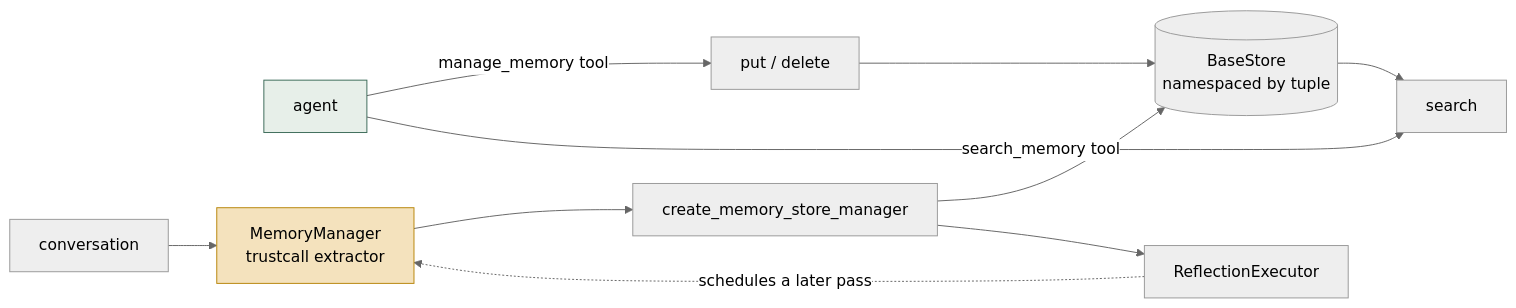
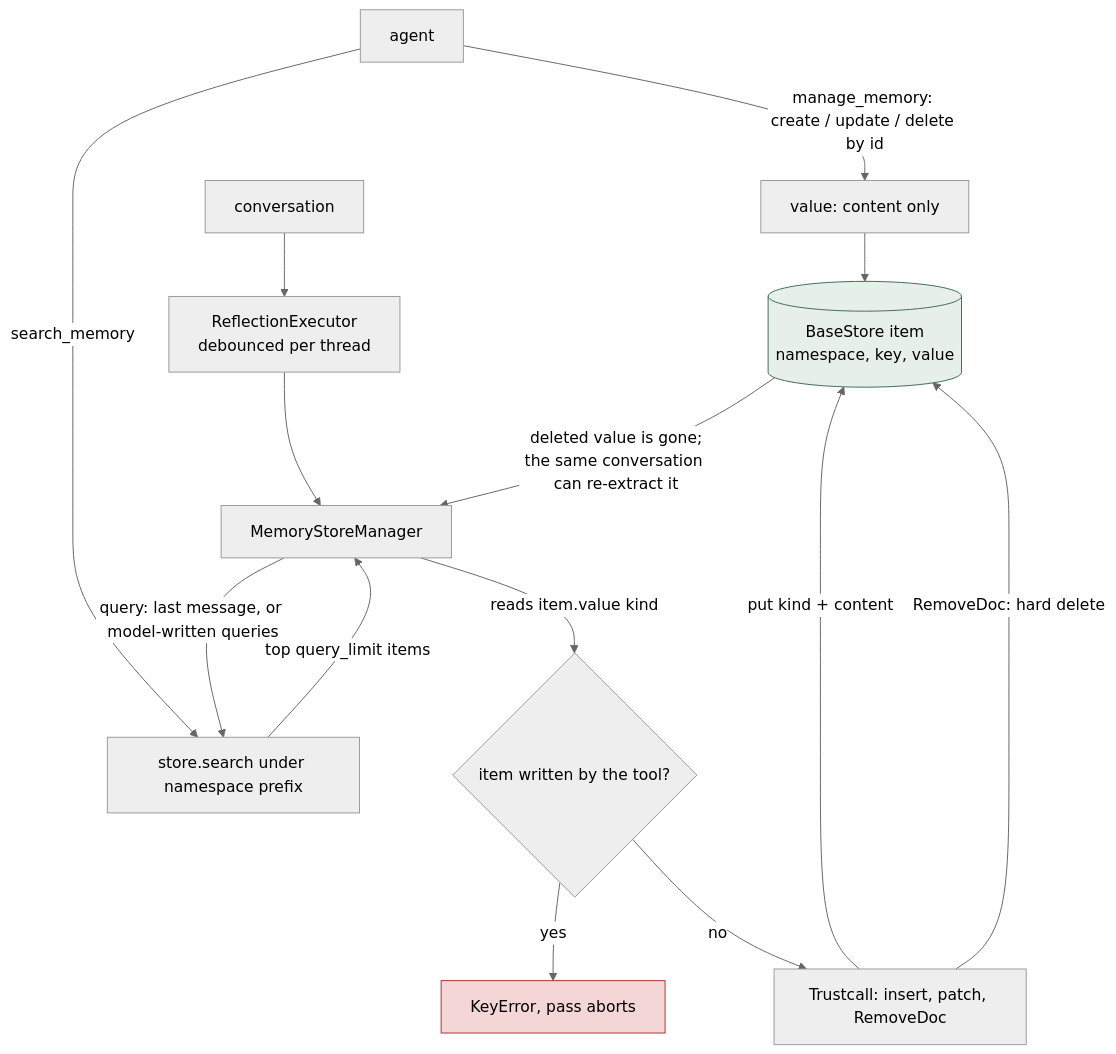
Before and after one commit to neoneye/agent-memory-atlas: the first of 2 diagrams in content/systems/langmem.md, drawn with Mermaid (neutral theme). The commit also changed other lines of this file and 10 other files, not shown here.

````diff
--- a/content/systems/langmem.md
+++ b/content/systems/langmem.md
@@ -56,19 +75,20 @@
 ```mermaid
-%% caption: two write paths into one namespaced store — the agent's own tools, and a background manager whose reflection executor schedules the extraction for later
-flowchart LR
-    A["agent"] -->|"manage_memory tool"| PUT["put / delete"]
-    A -->|"search_memory tool"| SRCH["search"]
-    PUT --> ST
-    ST --> SRCH
+%% caption: two writers with incompatible item shapes, one namespaced store, and no path that records what a delete removed
+flowchart TD
+    A["agent"] -->|"manage_memory: create / update / delete by id"| T["value: content only"]
+    A -->|"search_memory"| Q["store.search under namespace prefix"]
+    C["conversation"] --> EX["ReflectionExecutor<br/>debounced per thread"]
+    EX --> M["MemoryStoreManager"]
+    M -->|"query: last message, or model-written queries"| Q
+    Q -->|"top query_limit items"| M
+    M -->|"reads item.value kind"| K{"item written by the tool?"}
+    K -->|"yes"| ERR["KeyError, pass aborts"]
+    K -->|"no"| TC["Trustcall: insert, patch, RemoveDoc"]
+    TC -->|"put kind + content"| ST
+    TC -->|"RemoveDoc: hard delete"| ST
+    T --> ST[("BaseStore item<br/>namespace, key, value")]
+    ST -->|"deleted value is gone;<br/>the same conversation can re-extract it"| M
 
-    C["conversation"] --> MM["MemoryManager<br/>trustcall extractor"]
-    MM --> CM["create_memory_store_manager"]
-    CM --> ST
-    RE["ReflectionExecutor"] -.->|"schedules a later pass"| MM
-    CM --> RE
-
-    ST[("BaseStore<br/>namespaced by tuple")]
-
-    style A fill:#e7efe9,stroke:#3d6b59
-    style MM fill:#f4e2bd,stroke:#b8860b
+    style ERR fill:#f4d6d6,stroke:#a33
+    style ST fill:#e7efe9,stroke:#3d6b59
 ```
````
